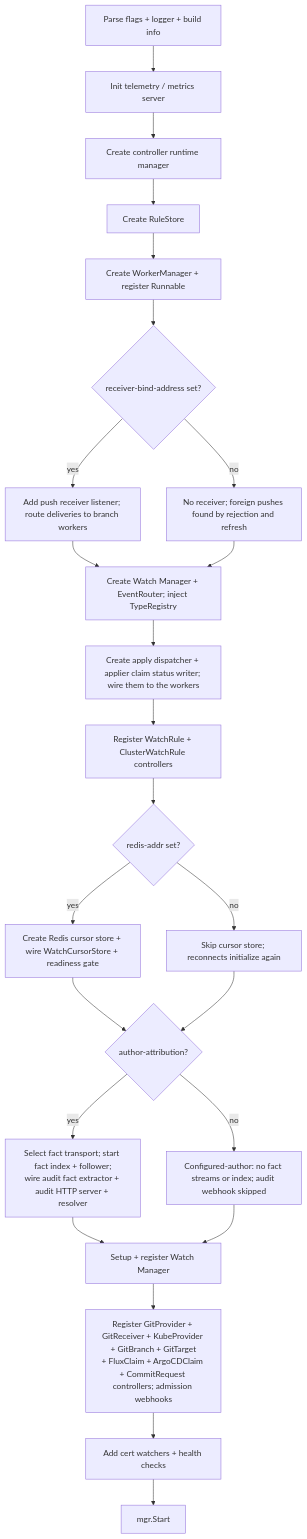
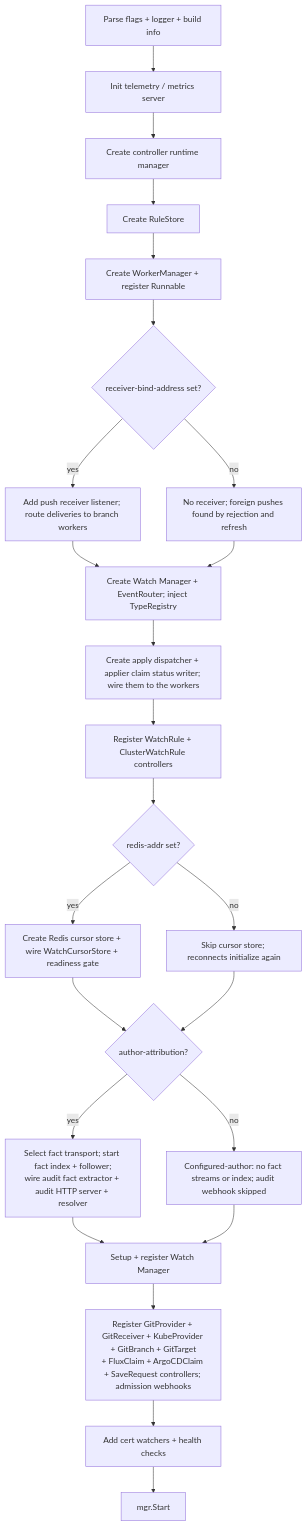
Before and after one commit to ConfigButler/gitops-reverser: the sixth of 6 diagrams in docs/architecture.md, drawn with Mermaid. The commit also changed other lines of this file and 156 other files, not shown here.

First line of the commit message:
feat(api)!: CommitRequest is SaveRequest; the source-cluster save is RemoteSaveRequest

````diff
--- a/docs/architecture.md
+++ b/docs/architecture.md
@@ -1860,26 +1860,26 @@
 ```mermaid
 flowchart TD
     A[Parse flags + logger + build info] --> B[Init telemetry / metrics server]
     B --> C[Create controller runtime manager]
     C --> D[Create RuleStore]
     D --> E[Create WorkerManager + register Runnable]
     E --> R{receiver-bind-address set?}
     R -->|yes| Ri[Add push receiver listener; route deliveries to branch workers]
     R -->|no| Rj[No receiver; foreign pushes found by rejection and refresh]
     Ri --> F
     Rj --> F
     F[Create Watch Manager + EventRouter; inject TypeRegistry] --> P[Create apply dispatcher + applier claim status writer; wire them to the workers]
     P --> G[Register WatchRule + ClusterWatchRule controllers]
     G --> H{redis-addr set?}
     H -->|yes| Hi[Create Redis cursor store + wire WatchCursorStore + readiness gate]
     H -->|no| Hj[Skip cursor store; reconnects initialize again]
     Hi --> Hq{author-attribution?}
     Hj --> Hq
     Hq -->|yes| I[Select fact transport; start fact index + follower;<br/>wire audit fact extractor + audit HTTP server + resolver]
     Hq -->|no| J[Configured-author: no fact streams or index; audit webhook skipped]
     I --> K[Setup + register Watch Manager]
     J --> K
-    K --> L[Register GitProvider + GitReceiver + KubeProvider + GitBranch + GitTarget<br/>+ FluxClaim + ArgoCDClaim + CommitRequest controllers; admission webhooks]
+    K --> L[Register GitProvider + GitReceiver + KubeProvider + GitBranch + GitTarget<br/>+ FluxClaim + ArgoCDClaim + SaveRequest controllers; admission webhooks]
     L --> M[Add cert watchers + health checks]
     M --> N[mgr.Start]
 ```
````
